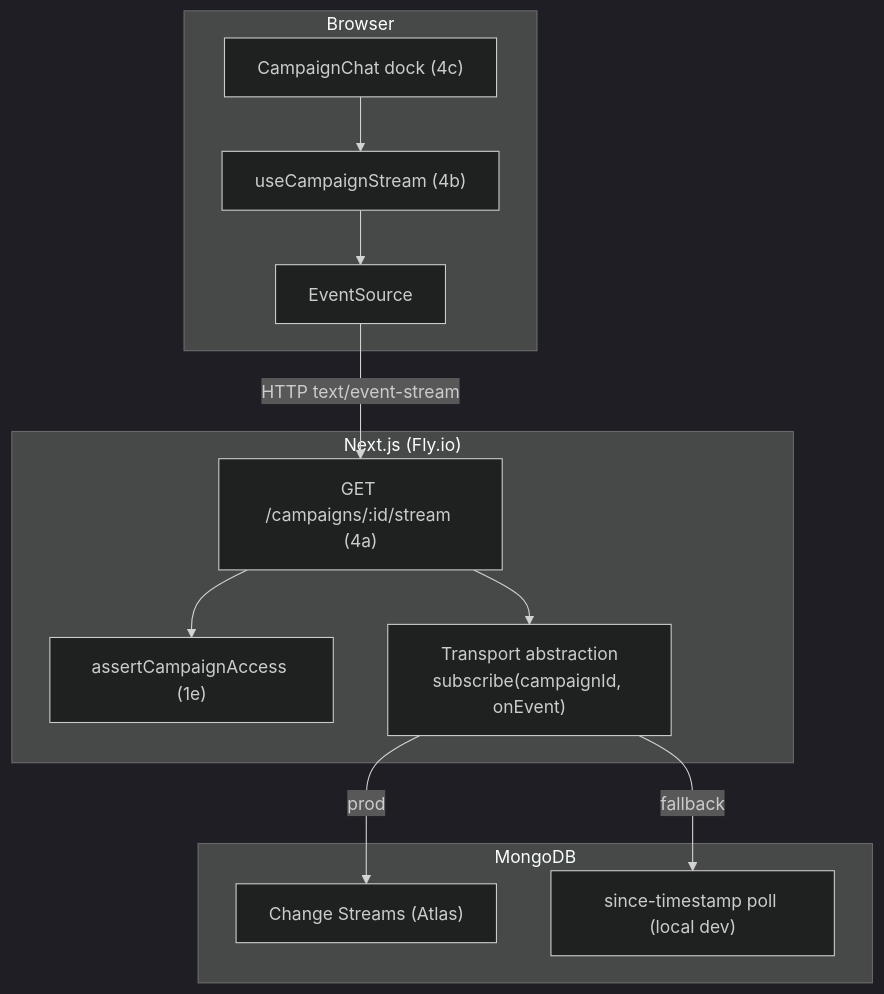
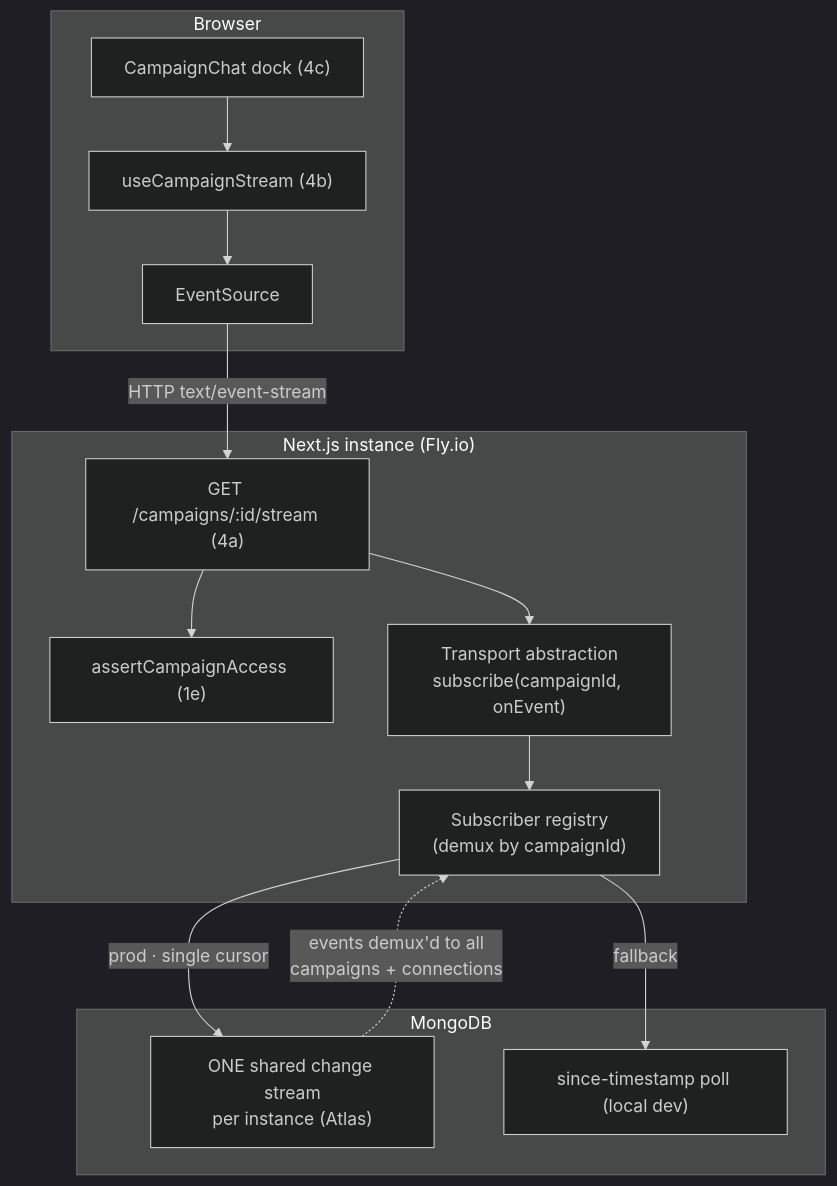
Before and after one commit to dougis-org/session-combat: the first of 2 diagrams in docs/multi-user-campaigns/04-realtime-transport.md, drawn with Mermaid (dark theme). The commit also changed other lines of this file and 1 other file, not shown here.

First line of the commit message:
docs: use a single shared change stream per instance, multiplexed across campaigns

````diff
--- a/docs/multi-user-campaigns/04-realtime-transport.md
+++ b/docs/multi-user-campaigns/04-realtime-transport.md
@@ -14,23 +14,26 @@
 ```mermaid
 flowchart TB
     subgraph Browser
         Dock["CampaignChat dock (4c)"]
         Hook["useCampaignStream (4b)"]
         ES["EventSource"]
         Dock --> Hook --> ES
     end
-    subgraph Server["Next.js (Fly.io)"]
+    subgraph Server["Next.js instance (Fly.io)"]
         SSE["GET /campaigns/:id/stream (4a)"]
         AUTH["assertCampaignAccess (1e)"]
+        REG["Subscriber registry<br/>(demux by campaignId)"]
         TA["Transport abstraction<br/>subscribe(campaignId, onEvent)"]
         SSE --> AUTH
         SSE --> TA
+        TA --> REG
     end
     subgraph Mongo["MongoDB"]
-        CS["Change Streams (Atlas)"]
+        CS["ONE shared change stream<br/>per instance (Atlas)"]
         POLL["since-timestamp poll (local dev)"]
     end
     ES -- "HTTP text/event-stream" --> SSE
-    TA -->|prod| CS
-    TA -->|fallback| POLL
+    REG -->|prod · single cursor| CS
+    REG -->|fallback| POLL
+    CS -. "events demux'd to all<br/>campaigns + connections" .-> REG
 ```
````
